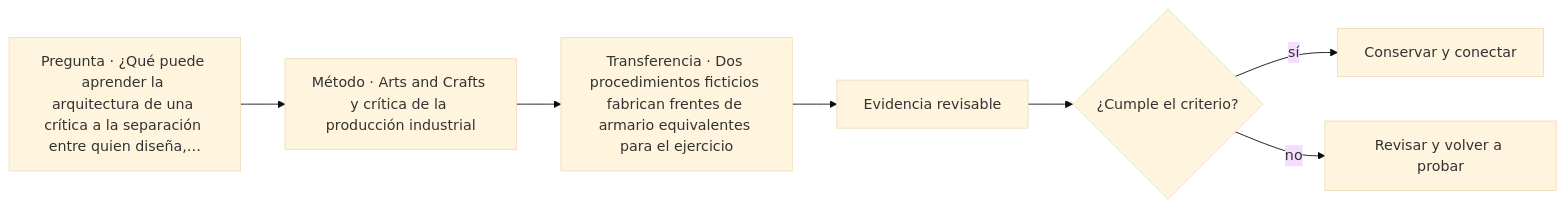
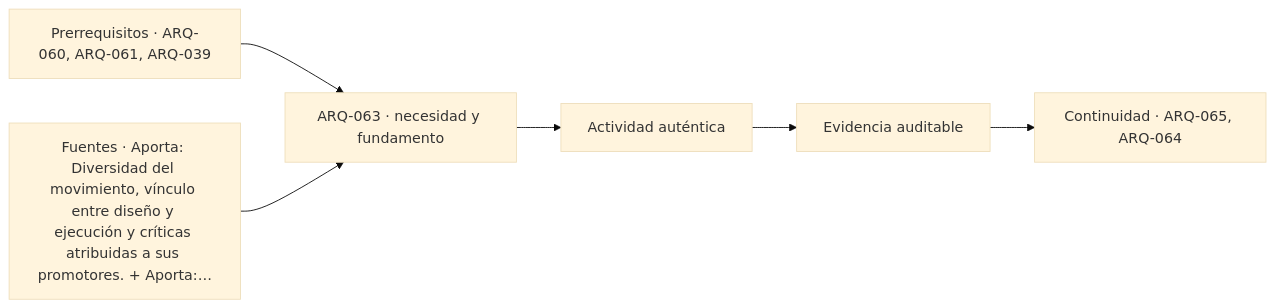
Before and after one commit to vladimiracunadev-create/architecture-built-environment-learning-program: the diagram in classes/parte-07/ARQ-063.md, drawn with Mermaid (base theme). The commit also changed other lines of this file and 761 other files, not shown here.

````diff
--- a/classes/parte-07/ARQ-063.md
+++ b/classes/parte-07/ARQ-063.md
@@ -112,9 +124,8 @@
 ```mermaid
 flowchart LR
-    Q["Pregunta · ¿Qué puede aprender la arquitectura de una crítica a la separación entre quien diseña,…"] --> M["Método · Arts and Crafts y crítica de la producción industrial"]
-    M --> P["Transferencia · Dos procedimientos ficticios fabrican frentes de armario equivalentes para el ejercicio"]
-    P --> E["Evidencia revisable"]
-    E --> C{"¿Cumple el criterio?"}
-    C -->|sí| T["Conservar y conectar"]
-    C -->|no| R["Revisar y volver a probar"]
+    A["Prerrequisitos · ARQ-060, ARQ-061, ARQ-039"] --> B["ARQ-063 · necesidad y fundamento"]
+    S["Fuentes · Aporta: Diversidad del movimiento, vínculo entre diseño y ejecución y críticas atribuidas a sus promotores. + Aporta:…"] --> B
+    B --> C["Actividad auténtica"]
+    C --> D["Evidencia auditable"]
+    D --> E["Continuidad · ARQ-065, ARQ-064"]
 ```
````
